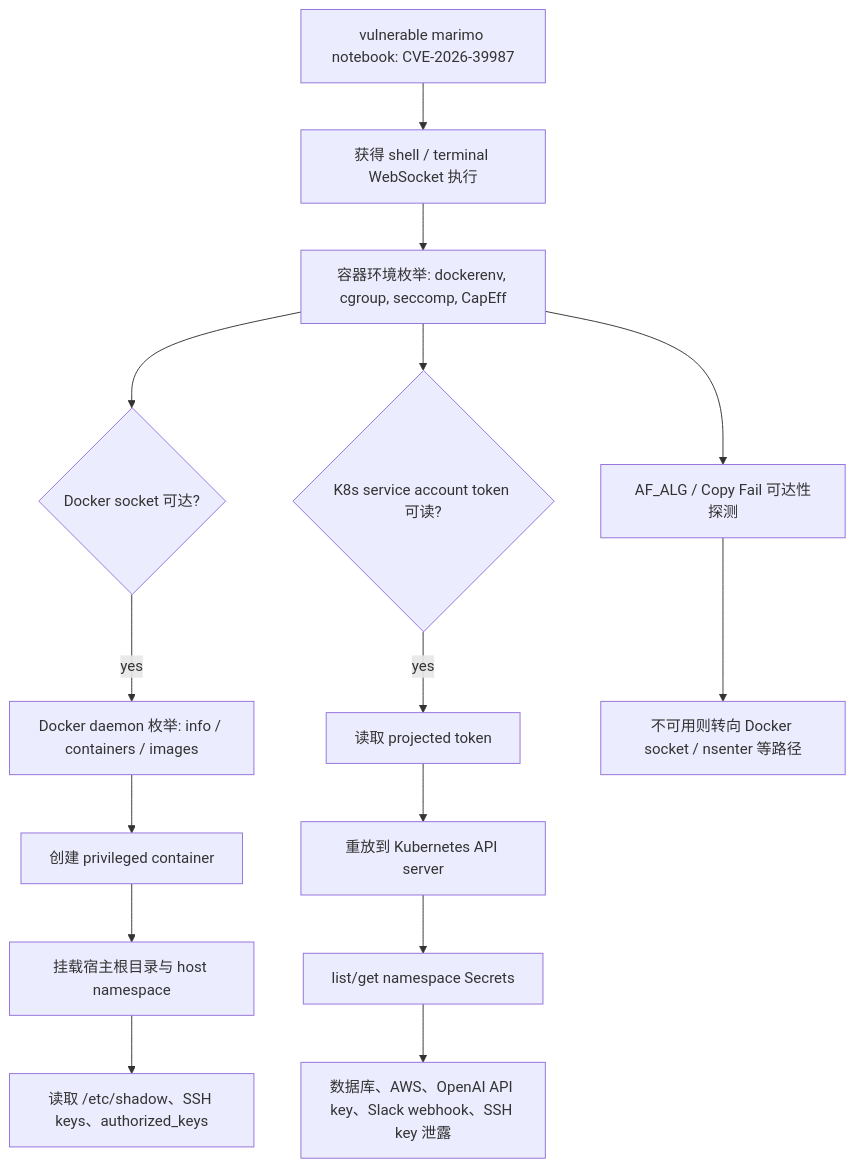
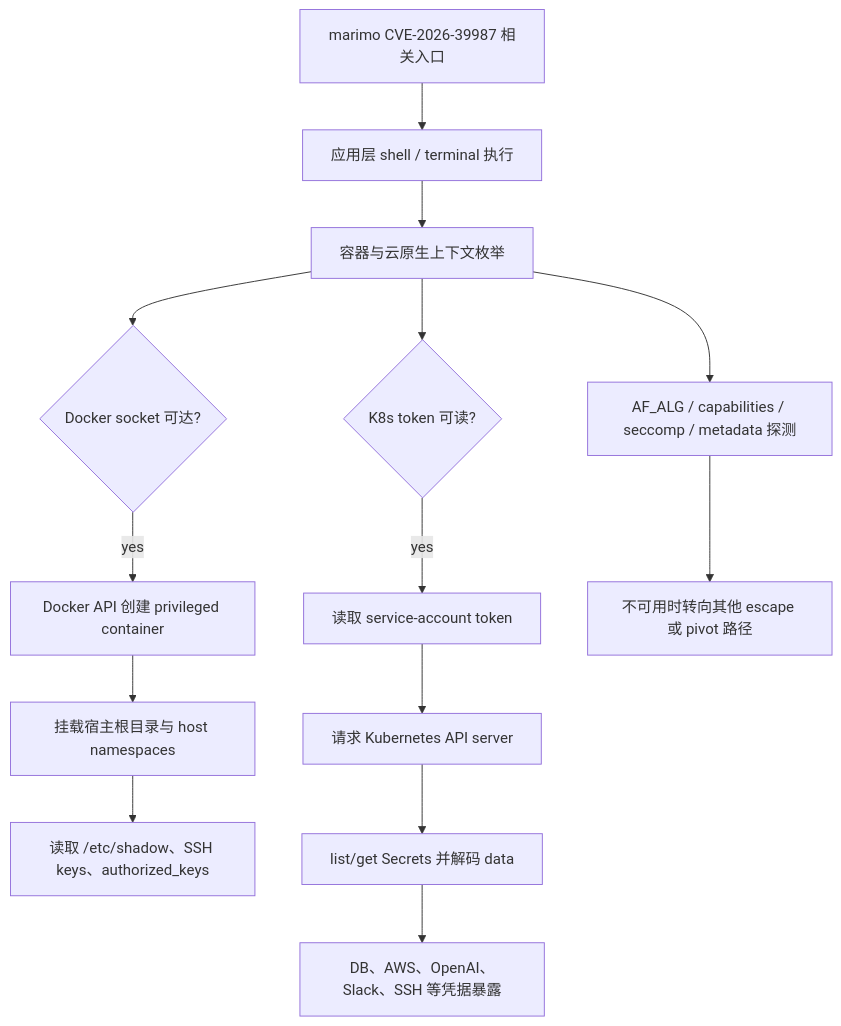
One commit to ABromide/daily-report-app changed the diagram in public/articles/2026/06/06/itm_2d8c44d450c8f427/index.md. Above: the diagram before and after it, drawn with Mermaid. The commit also changed other lines of this file and 9 other files, not shown here.

````diff
--- a/public/articles/2026/06/06/itm_2d8c44d450c8f427/index.md
+++ b/public/articles/2026/06/06/itm_2d8c44d450c8f427/index.md
@@ -89,17 +70,16 @@
 ```mermaid
 flowchart TD
-  A["vulnerable marimo notebook: CVE-2026-39987"] --> B["获得 shell / terminal WebSocket 执行"]
-  B --> C["容器环境枚举: dockerenv, cgroup, seccomp, CapEff"]
+  A["marimo CVE-2026-39987 相关入口"] --> B["应用层 shell / terminal 执行"]
+  B --> C["容器与云原生上下文枚举"]
   C --> D{"Docker socket 可达?"}
-  D -->|yes| E["Docker daemon 枚举: info / containers / images"]
-  E --> F["创建 privileged container"]
-  F --> G["挂载宿主根目录与 host namespace"]
-  G --> H["读取 /etc/shadow、SSH keys、authorized_keys"]
-  C --> I{"K8s service account token 可读?"}
-  I -->|yes| J["读取 projected token"]
-  J --> K["重放到 Kubernetes API server"]
-  K --> L["list/get namespace Secrets"]
-  L --> M["数据库、AWS、OpenAI API key、Slack webhook、SSH key 泄露"]
-  C --> N["AF_ALG / Copy Fail 可达性探测"]
-  N --> O["不可用则转向 Docker socket / nsenter 等路径"]
+  D -->|yes| E["Docker API 创建 privileged container"]
+  E --> F["挂载宿主根目录与 host namespaces"]
+  F --> G["读取 /etc/shadow、SSH keys、authorized_keys"]
+  C --> H{"K8s token 可读?"}
+  H -->|yes| I["读取 service-account token"]
+  I --> J["请求 Kubernetes API server"]
+  J --> K["list/get Secrets 并解码 data"]
+  K --> L["DB、AWS、OpenAI、Slack、SSH 等凭据暴露"]
+  C --> M["AF_ALG / capabilities / seccomp / metadata 探测"]
+  M --> N["不可用时转向其他 escape 或 pivot 路径"]
 ```
````
